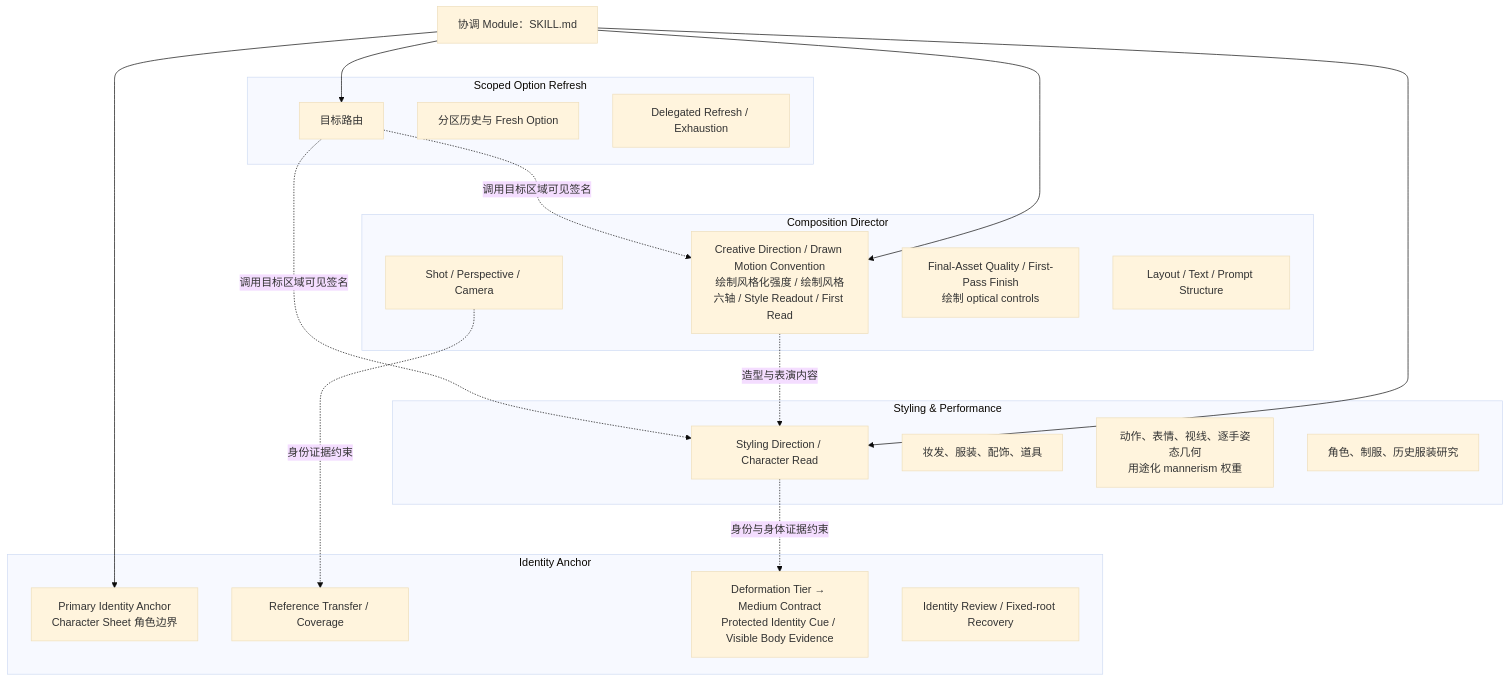
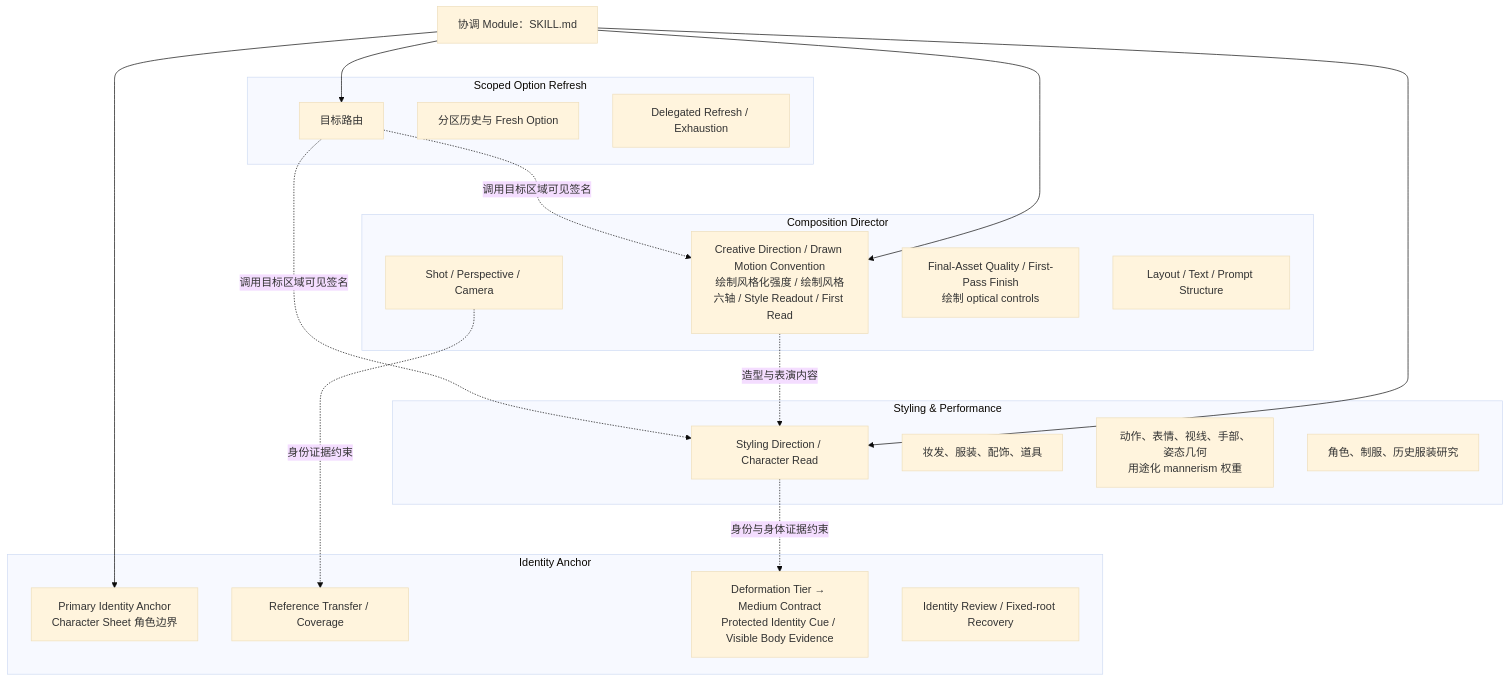
The second of 13 diagrams in docs/architecture.md (cyaoc/cast-me), drawn with Mermaid (base theme) before and after one commit. The commit also changed other lines of this file and 7 other files, not shown here.

````diff
--- a/docs/architecture.md
+++ b/docs/architecture.md
@@ -64,41 +64,41 @@
 ```mermaid
 flowchart TB
     K["协调 Module：SKILL.md"]
 
     subgraph ID["Identity Anchor"]
         I1["Primary Identity Anchor<br/>Character Sheet 角色边界"]
         I2["Reference Transfer / Coverage"]
         I3["Deformation Tier → Medium Contract<br/>Protected Identity Cue / Visible Body Evidence"]
         I4["Identity Review / Fixed-root Recovery"]
     end
 
     subgraph COMP["Composition Director"]
         C1["Creative Direction / Drawn Motion Convention<br/>绘制风格化强度 / 绘制风格六轴 / Style Readout / First Read"]
         C2["Shot / Perspective / Camera"]
         C3["Final-Asset Quality / First-Pass Finish<br/>绘制 optical controls"]
         C4["Layout / Text / Prompt Structure"]
     end
 
     subgraph STYLE["Styling & Performance"]
         S1["Styling Direction / Character Read"]
         S2["妆发、服装、配饰、道具"]
-        S3["动作、表情、视线、逐手姿态几何<br/>用途化 mannerism 权重"]
+        S3["动作、表情、视线、手部、姿态几何<br/>用途化 mannerism 权重"]
         S4["角色、制服、历史服装研究"]
     end
 
     subgraph REFRESH["Scoped Option Refresh"]
         R1["目标路由"]
         R2["分区历史与 Fresh Option"]
         R3["Delegated Refresh / Exhaustion"]
     end
 
     K --> I1
     K --> C1
     K --> S1
     K --> R1
     C2 -.身份证据约束.-> I2
     S1 -.身份与身体证据约束.-> I3
     C1 -.造型与表演内容.-> S1
     R1 -.调用目标区域可见签名.-> C1
     R1 -.调用目标区域可见签名.-> S1
 ```
````
